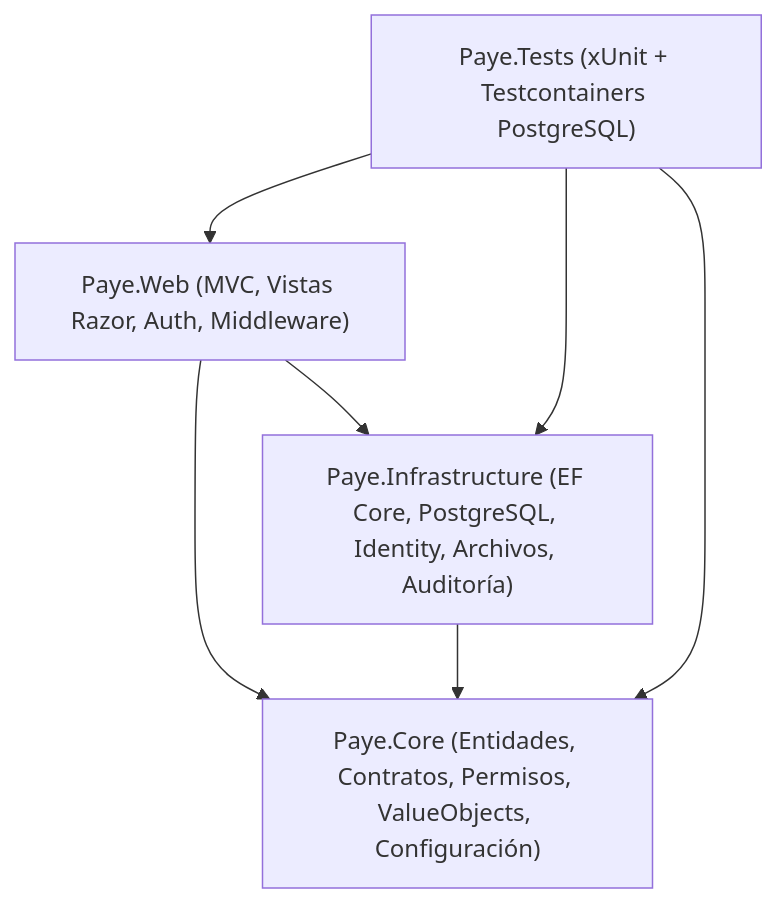
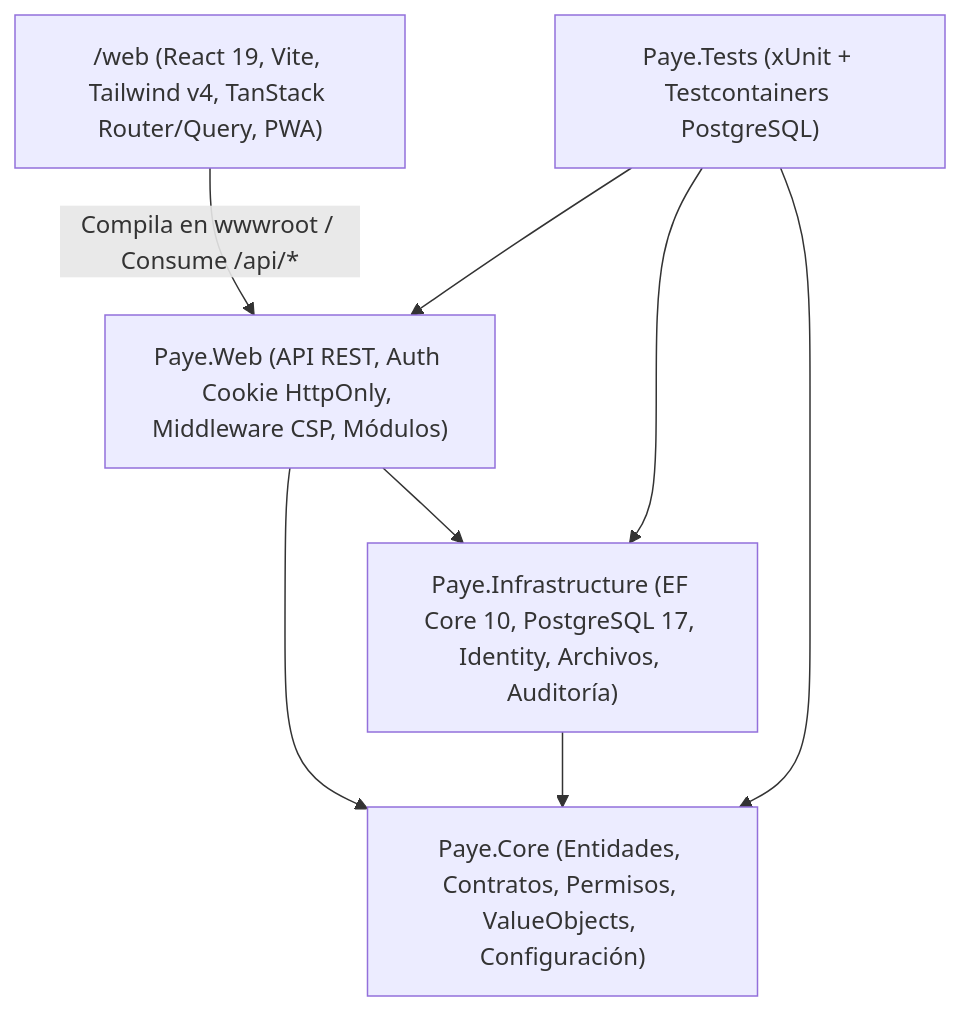
One commit to dalongarc/paye_Crm_asp changed the diagram in docs/arquitectura.md. Above: the diagram before and after it, drawn with Mermaid. The commit also changed other lines of this file and 473 other files, not shown here.

Commit message:
feat: modulo Documentacion A4, Notas, Usuarios, Trimestre, PWA y stack local Docker

````diff
--- a/docs/arquitectura.md
+++ b/docs/arquitectura.md
@@ -20,14 +21,16 @@
 ```mermaid
 flowchart TD
-    Web["Paye.Web (MVC, Vistas Razor, Auth, Middleware)"]
-    Infra["Paye.Infrastructure (EF Core, PostgreSQL, Identity, Archivos, Auditoría)"]
+    SPA["/web (React 19, Vite, Tailwind v4, TanStack Router/Query, PWA)"]
+    Web["Paye.Web (API REST, Auth Cookie HttpOnly, Middleware CSP, Módulos)"]
+    Infra["Paye.Infrastructure (EF Core 10, PostgreSQL 17, Identity, Archivos, Auditoría)"]
     Core["Paye.Core (Entidades, Contratos, Permisos, ValueObjects, Configuración)"]
     Tests["Paye.Tests (xUnit + Testcontainers PostgreSQL)"]
 
+    SPA -->|Compila en wwwroot / Consume /api/*| Web
     Web --> Infra
     Web --> Core
     Infra --> Core
     Tests --> Web
     Tests --> Infra
     Tests --> Core
 ```
````
